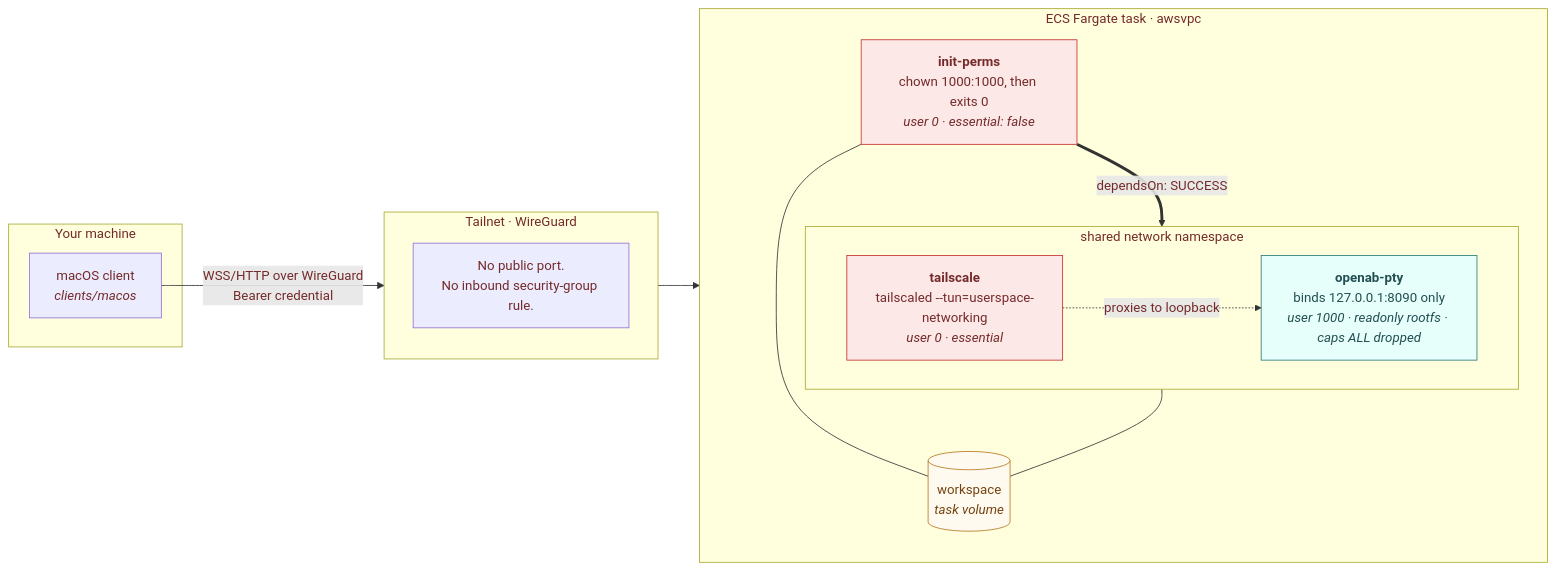
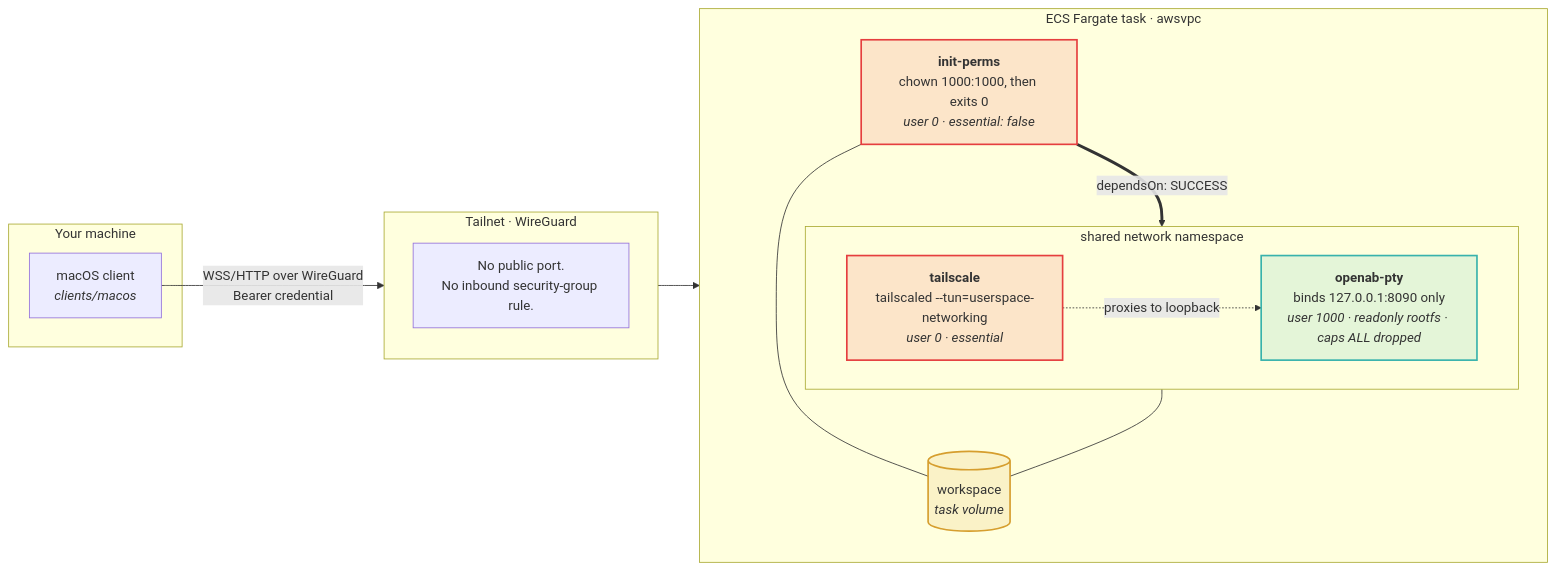
One commit to openabdev/openab-pty changed the first of 2 diagrams in docs/ecsctl-howto.md. Above: the diagram before and after it, drawn with Mermaid. The commit also changed other lines of this file, not shown here.

First line of the commit message:
docs: make the mermaid diagrams readable in dark mode

````diff
--- a/docs/ecsctl-howto.md
+++ b/docs/ecsctl-howto.md
@@ -20,39 +20,39 @@
 ```mermaid
 flowchart LR
     subgraph laptop["Your machine"]
         client["macOS client<br/><i>clients/macos</i>"]
     end
 
     subgraph tailnet["Tailnet · WireGuard"]
         direction TB
         ts_note["No public port.<br/>No inbound security-group rule."]
     end
 
     subgraph task["ECS Fargate task · awsvpc"]
         direction TB
 
         subgraph ns["shared network namespace"]
             direction LR
             tsd["<b>tailscale</b><br/>tailscaled --tun=userspace-networking<br/><i>user 0 · essential</i>"]
             pty["<b>openab-pty</b><br/>binds 127.0.0.1:8090 only<br/><i>user 1000 · readonly rootfs · caps ALL dropped</i>"]
             tsd -.->|"proxies to loopback"| pty
         end
 
         init["<b>init-perms</b><br/>chown 1000:1000, then exits 0<br/><i>user 0 · essential: false</i>"]
         vol[("workspace<br/><i>task volume</i>")]
 
         init ==>|"dependsOn: SUCCESS"| pty
         init --- vol
         pty --- vol
     end
 
     client -->|"WSS/HTTP over WireGuard<br/>Bearer credential"| tailnet
     tailnet --> tsd
 
-    classDef root fill:#fde8e8,stroke:#c53030,color:#742a2a
-    classDef hardened fill:#e6fffa,stroke:#2c7a7b,color:#234e52
-    classDef store fill:#fffaf0,stroke:#b7791f,color:#744210
+    classDef root fill:#e53e3e22,stroke:#e53e3e,stroke-width:2px
+    classDef hardened fill:#38b2ac22,stroke:#38b2ac,stroke-width:2px
+    classDef store fill:#d69e2e22,stroke:#d69e2e,stroke-width:2px
     class tsd,init root
     class pty hardened
     class vol store
 ```
````
